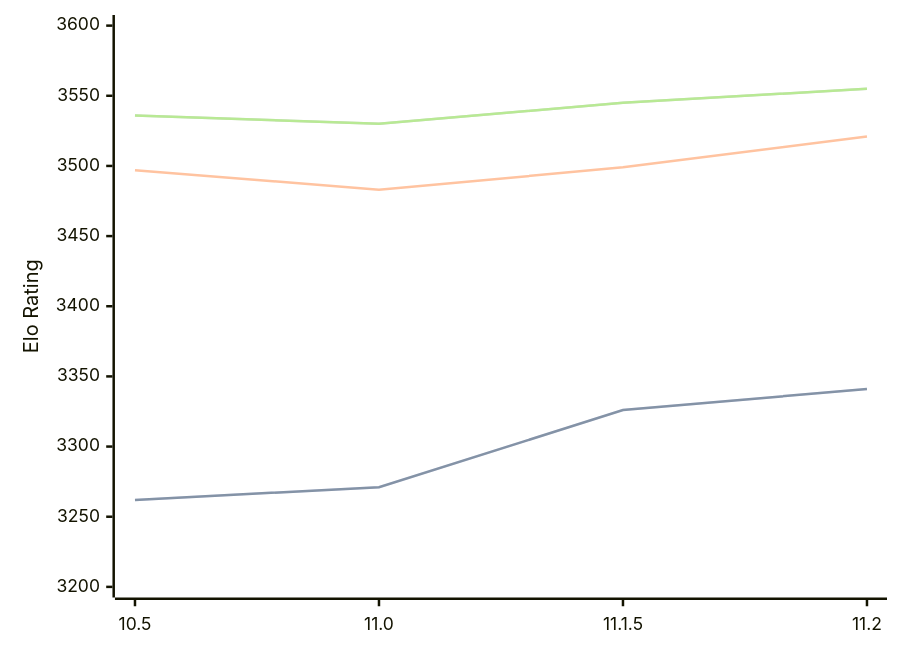
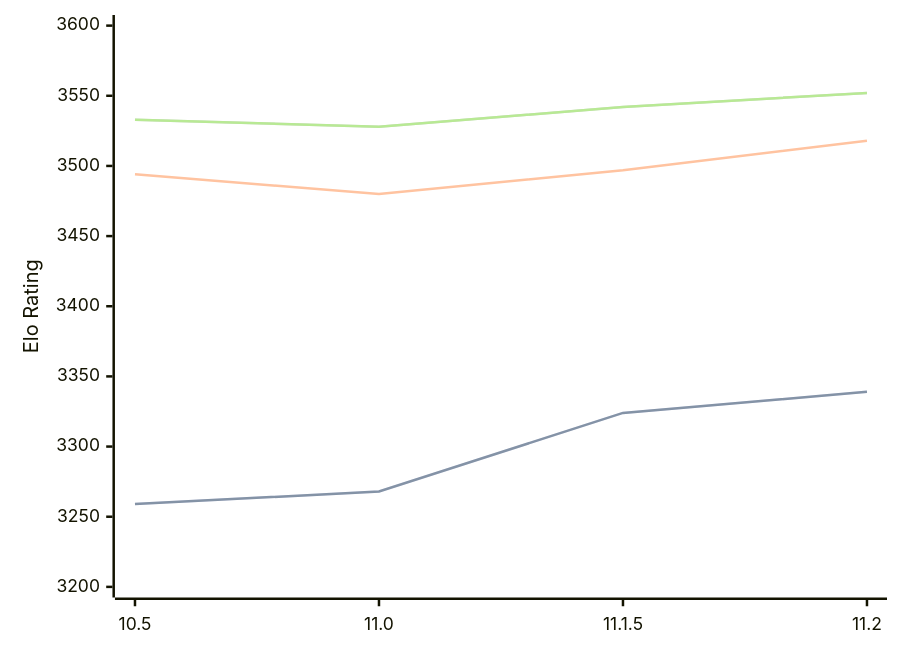
Before and after one commit to computer-chess-index/cci: the diagram in engines/Lizard.md, drawn with Mermaid. The commit also changed other lines of this file, not shown here.

Commit message:
Update CCI Ratings (ELO VLTC) - 2026-03-10

````diff
--- a/engines/Lizard.md
+++ b/engines/Lizard.md
@@ -44,11 +44,11 @@
 ```mermaid
 %%{init: {"theme":"base","themeVariables":{"seriesColors:['#a3a3a3','#222221','#faa371']}}}%%
 xychart-beta
   x-axis ["10.5", "11.0", "11.1.5", "11.2"]
   y-axis "Elo Rating" 3200 --> 3600
-  line "STC (8.0+0.08s)" [3262, 3271, 3326, 3341]
-  line "STC (8.0+0.08s)" [3262, 3271, 3326, 3341]
-  line "LTC (60.0+0.60s)" [3497, 3483, 3499, 3521]
-  line "VLTC (2m24s+1.12s)" [3536, 3530, 3545, 3555]
-  line "VLTC (2m24s+1.12s)" [3536, 3530, 3545, 3555]
+  line "STC (8.0+0.08s)" [3259, 3268, 3324, 3339]
+  line "STC (8.0+0.08s)" [3259, 3268, 3324, 3339]
+  line "LTC (60.0+0.60s)" [3494, 3480, 3497, 3518]
+  line "VLTC (2m24s+1.12s)" [3533, 3528, 3542, 3552]
+  line "VLTC (2m24s+1.12s)" [3533, 3528, 3542, 3552]
 ```
````
